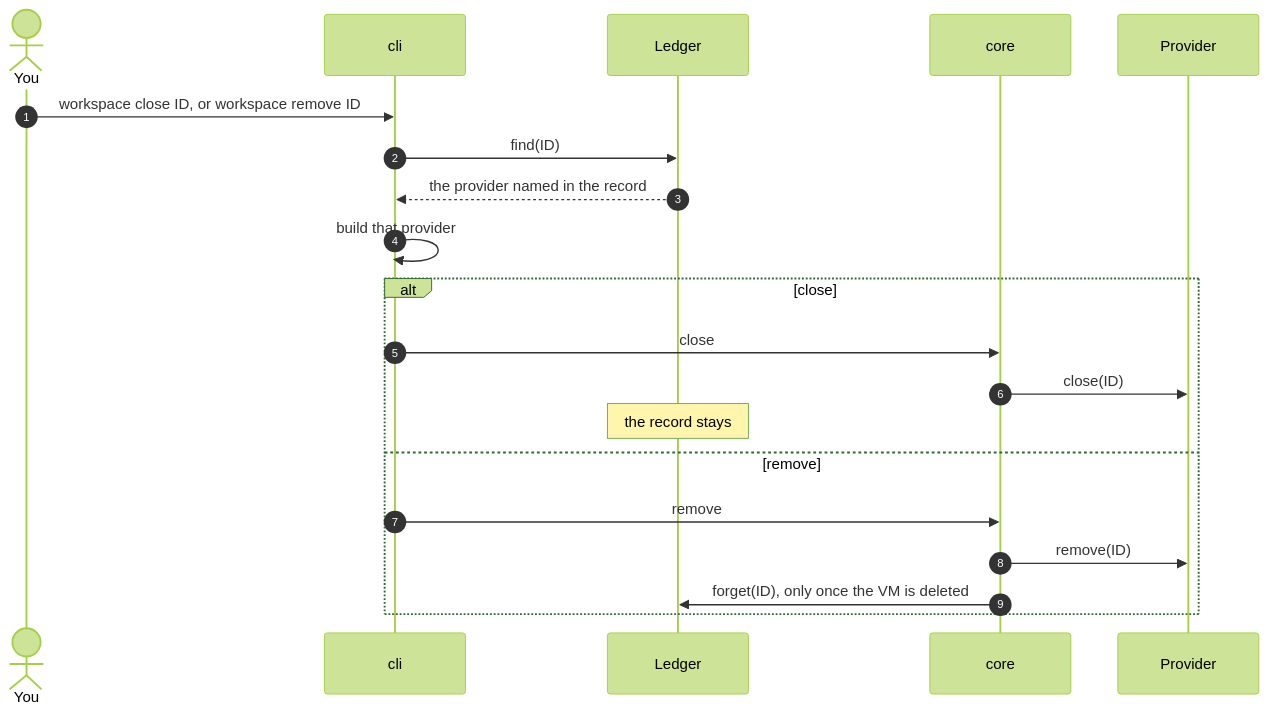
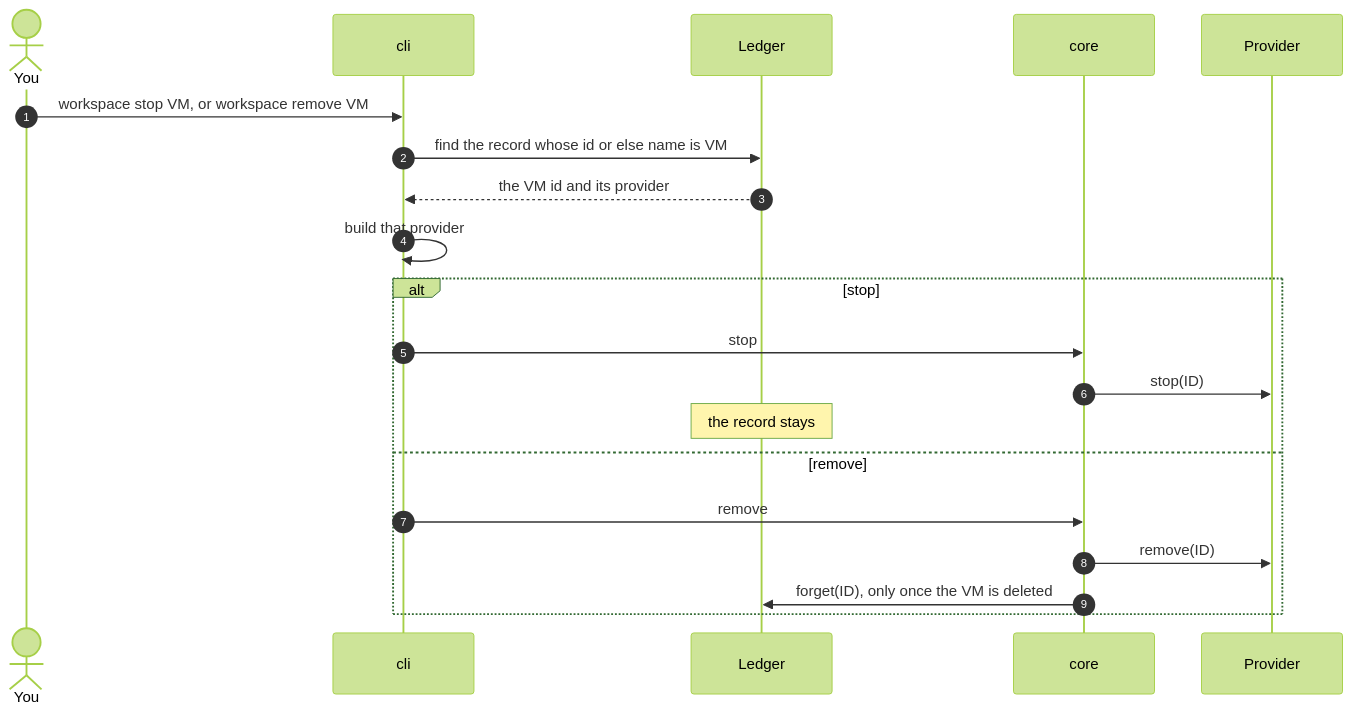
One commit to NextNodeSolutions/workspace changed the fourth of 6 diagrams in docs/architecture.md. Above: the diagram before and after it, drawn with Mermaid (forest theme). The commit also changed other lines of this file and 28 other files, not shown here.

First line of the commit message:
feat: setup once, then start, stop and list VMs by name (#5)

````diff
--- a/docs/architecture.md
+++ b/docs/architecture.md
@@ -91,22 +113,22 @@
 ```mermaid
 sequenceDiagram
     autonumber
     actor You
     participant CLI as cli
     participant L as Ledger
     participant Core as core
     participant P as Provider
-    You->>CLI: workspace close ID, or workspace remove ID
-    CLI->>L: find(ID)
-    L-->>CLI: the provider named in the record
+    You->>CLI: workspace stop VM, or workspace remove VM
+    CLI->>L: find the record whose id or else name is VM
+    L-->>CLI: the VM id and its provider
     CLI->>CLI: build that provider
-    alt close
-        CLI->>Core: close
-        Core->>P: close(ID)
+    alt stop
+        CLI->>Core: stop
+        Core->>P: stop(ID)
         Note over L: the record stays
     else remove
         CLI->>Core: remove
         Core->>P: remove(ID)
         Core->>L: forget(ID), only once the VM is deleted
     end
 ```
````
